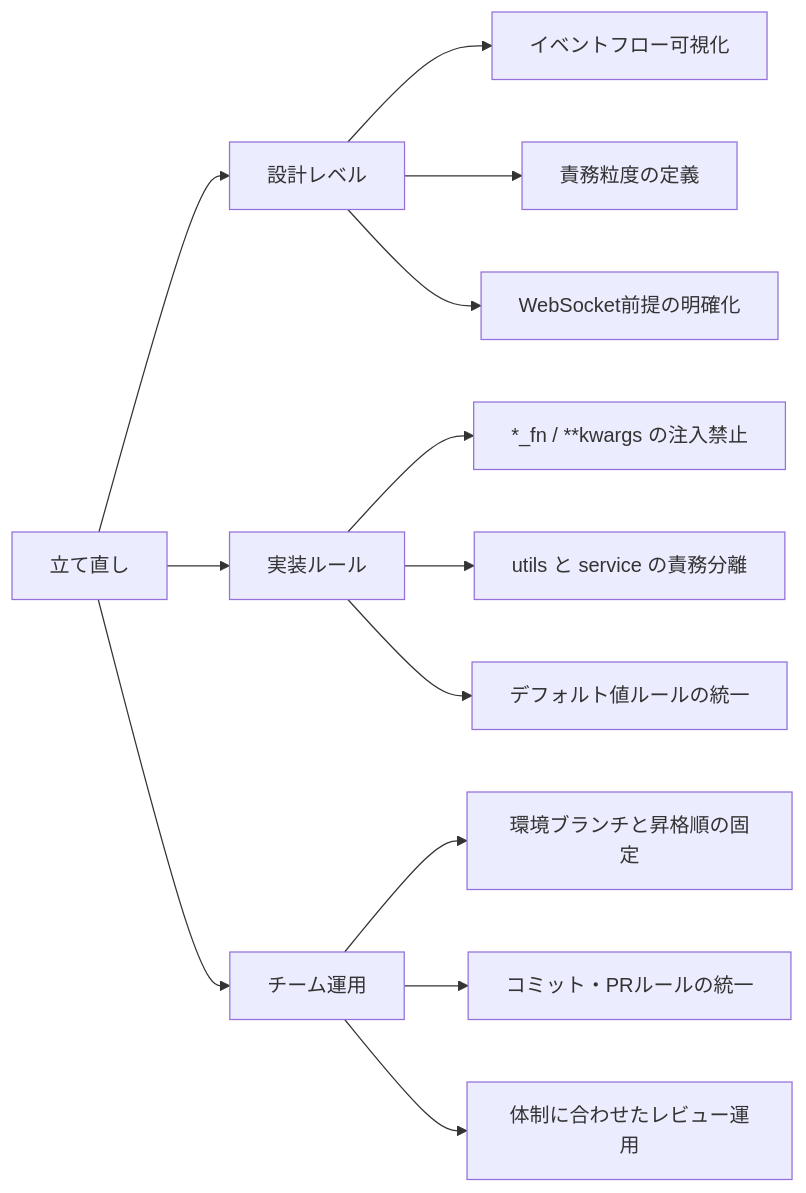
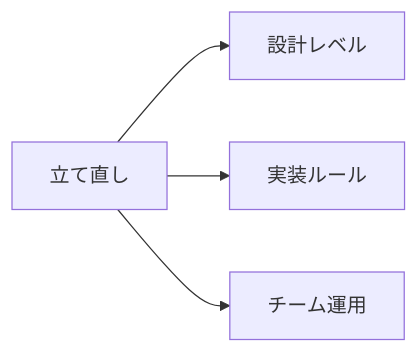
One commit to gumigumih/articles changed the second of 2 diagrams in articles/20260302_vibe-coding-rebuild.md. Above: the diagram before and after it, drawn with Mermaid. The commit also changed other lines of this file, not shown here.

````diff
--- a/articles/20260302_vibe-coding-rebuild.md
+++ b/articles/20260302_vibe-coding-rebuild.md
@@ -108,19 +107,7 @@
 ```mermaid
 flowchart LR
   R[立て直し]
   R --> S[設計レベル]
   R --> I[実装ルール]
   R --> T[チーム運用]
-
-  S --> S1[イベントフロー可視化]
-  S --> S2[責務粒度の定義]
-  S --> S3[WebSocket前提の明確化]
-
-  I --> I1[*_fn / **kwargs の注入禁止]
-  I --> I2[utils と service の責務分離]
-  I --> I3[デフォルト値ルールの統一]
-
-  T --> T1[環境ブランチと昇格順の固定]
-  T --> T2[コミット・PRルールの統一]
-  T --> T3[体制に合わせたレビュー運用]
 ```
````
